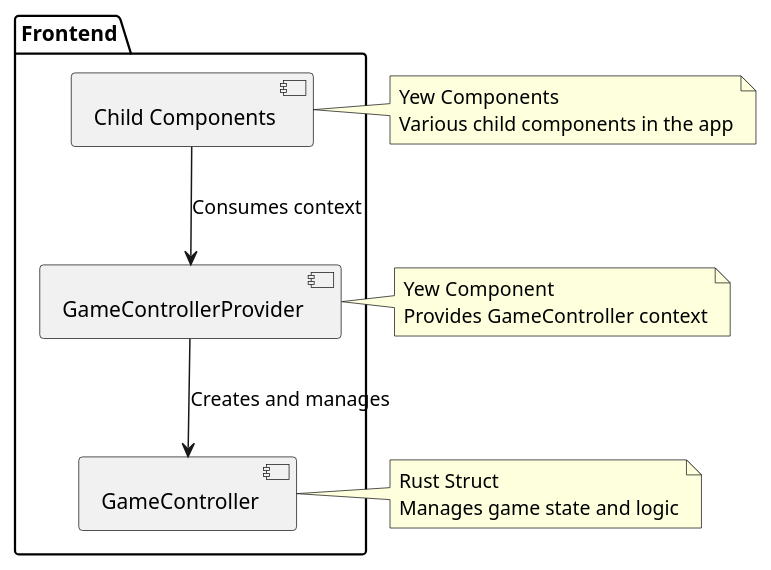
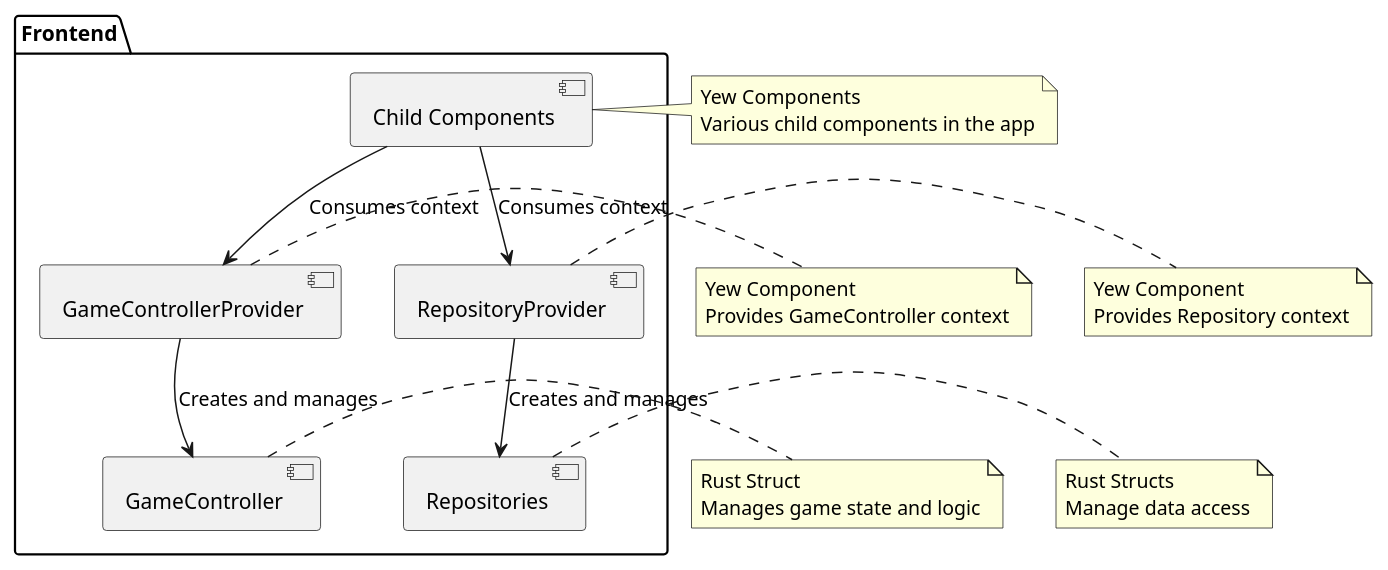
Diagram 13 of 15 in docs/src/05_building_block_view.adoc (konnektoren/konnektoren-rs), drawn with PlantUML before and after one commit. The commit also changed other lines of this file, not shown here.

Commit message:
documents repository provider

```diff
--- a/docs/src/05_building_block_view.adoc
+++ b/docs/src/05_building_block_view.adoc
@@ -484,29 +484,43 @@
-[plantuml, game-controller-provider, png]
+[plantuml, game-controller-and-repository-providers, png]
 ----
 @startuml
 package "Frontend" {
   [GameControllerProvider] as GCP
+  [RepositoryProvider] as RP
   [GameController] as GC
+  [Repositories] as R
   [Child Components] as CC
 }
 
 GCP --> GC : Creates and manages
+RP --> R : Creates and manages
 CC --> GCP : Consumes context
+CC --> RP : Consumes context
 
 note right of GCP
   Yew Component
   Provides GameController context
 end note
 
+note right of RP
+  Yew Component
+  Provides Repository context
+end note
+
 note right of GC
   Rust Struct
   Manages game state and logic
+end note
+
+note right of R
+  Rust Structs
+  Manage data access
 end note
 
 note right of CC
   Yew Components
   Various child components in the app
 end note
 
 @enduml
 ----
```
